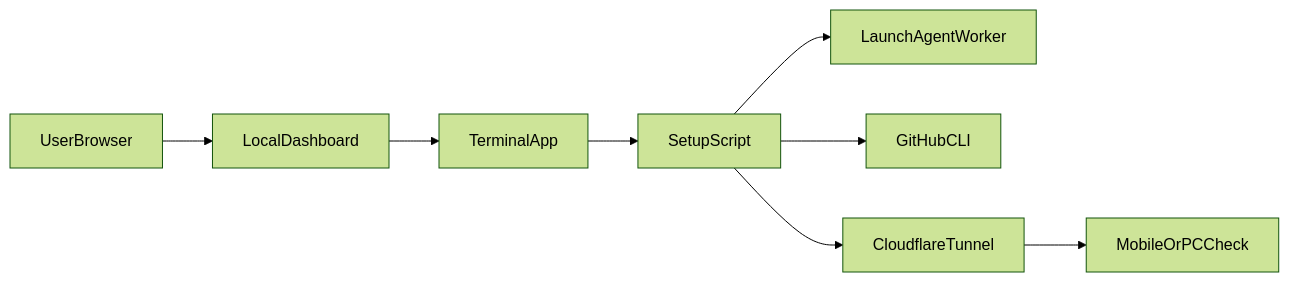
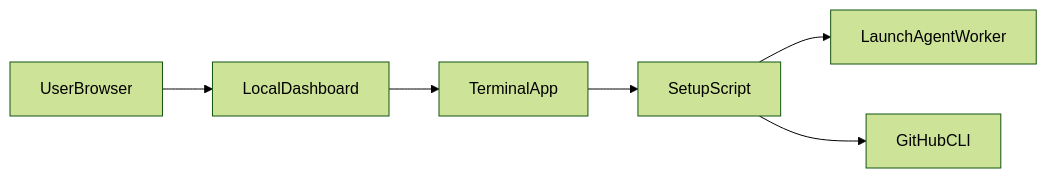
One commit to JhunJ/CursorMobileS changed the diagram in docs/ARCHITECTURE.md. Above: the diagram before and after it, drawn with Mermaid (forest theme). The commit also changed other lines of this file and 20 other files, not shown here.

First line of the commit message:
feat: Cloudflare Tunnel 제거 및 빠른 점검 3열 레이아웃

````diff
--- a/docs/ARCHITECTURE.md
+++ b/docs/ARCHITECTURE.md
@@ -7,10 +7,8 @@
 ```mermaid
 flowchart LR
   user[UserBrowser] --> dashboard[LocalDashboard]
   dashboard --> terminal[TerminalApp]
   terminal --> setup[SetupScript]
   setup --> worker[LaunchAgentWorker]
   setup --> github[GitHubCLI]
-  setup --> tunnel[CloudflareTunnel]
-  tunnel --> mobile[MobileOrPCCheck]
 ```
````
